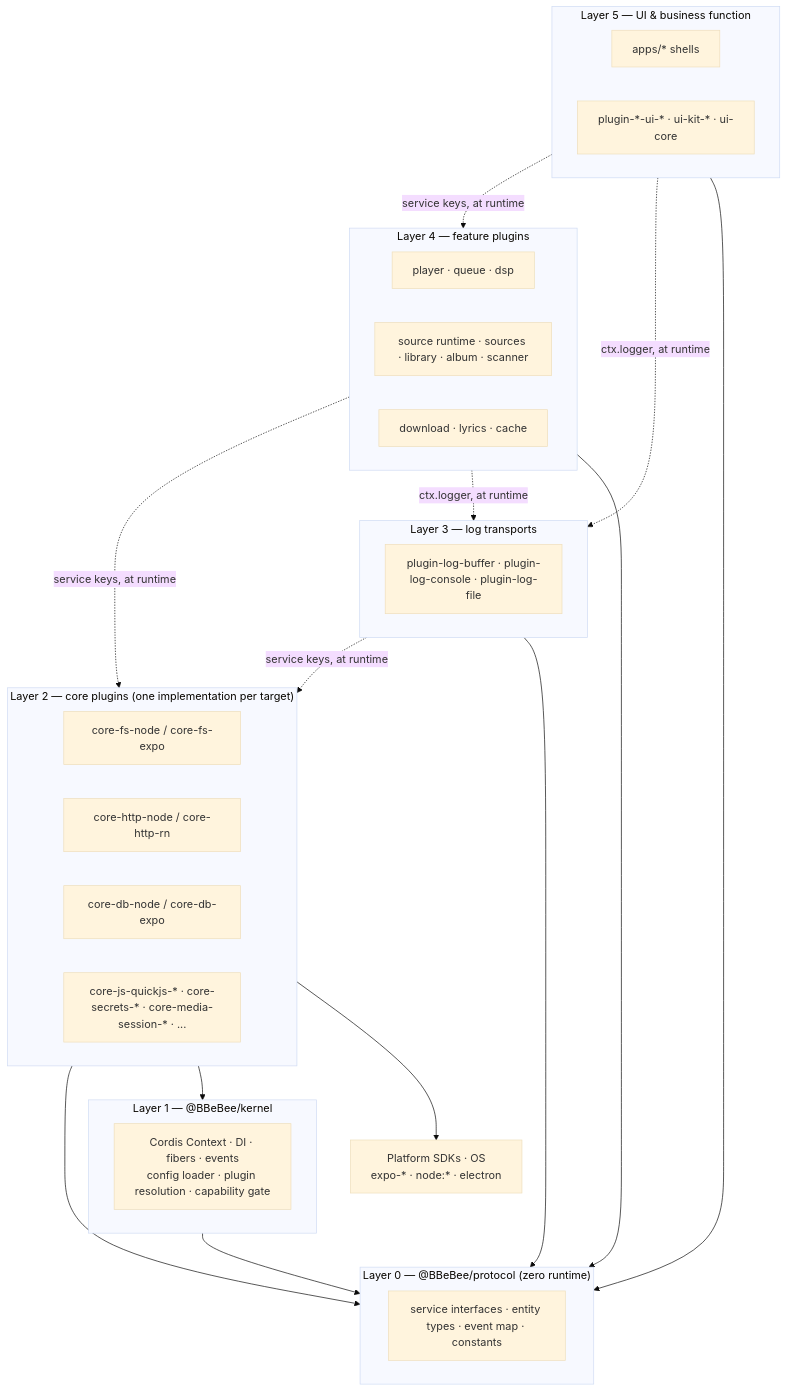
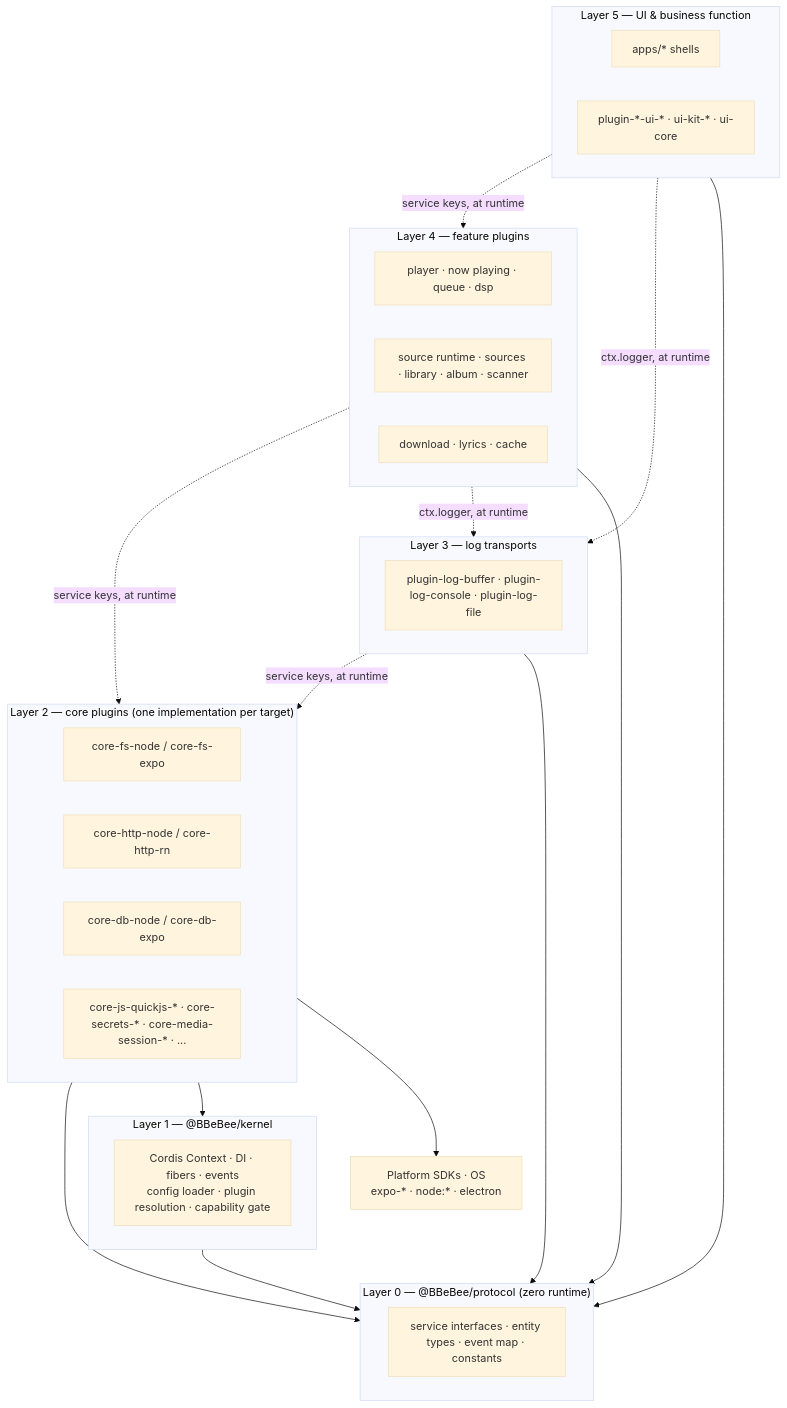
The first of 4 diagrams in docs/02-architecture.md (BBeBeeX/B_Be_Bee_X), drawn with Mermaid (base theme) before and after one commit. The commit also changed other lines of this file and 40 other files, not shown here.

First line of the commit message:
feat(ui): add mobile now-playing UI components and tests

````diff
--- a/docs/02-architecture.md
+++ b/docs/02-architecture.md
@@ -106,41 +106,41 @@
 ```mermaid
 flowchart TD
     subgraph L5["Layer 5 — UI & business function"]
         S["apps/* shells"]
         V["plugin-*-ui-* · ui-kit-* · ui-core"]
     end
     subgraph L4["Layer 4 — feature plugins"]
-        F1["player · queue · dsp"]
+        F1["player · now playing · queue · dsp"]
         F2["source runtime · sources · library · album · scanner"]
         F3["download · lyrics · cache"]
     end
     subgraph L3["Layer 3 — log transports"]
         G["plugin-log-buffer · plugin-log-console · plugin-log-file"]
     end
     subgraph L2["Layer 2 — core plugins (one implementation per target)"]
         C1["core-fs-node / core-fs-expo"]
         C2["core-http-node / core-http-rn"]
         C3["core-db-node / core-db-expo"]
         C4["core-js-quickjs-* · core-secrets-* · core-media-session-* · ..."]
     end
     subgraph L1["Layer 1 — @BBeBee/kernel"]
         K["Cordis Context · DI · fibers · events<br/>config loader · plugin resolution · capability gate"]
     end
     subgraph L0["Layer 0 — @BBeBee/protocol (zero runtime)"]
         P["service interfaces · entity types · event map · constants"]
     end
     SYS["Platform SDKs · OS<br/>expo-* · node:* · electron"]
 
     L5 -.->|"service keys, at runtime"| L4
     L5 -.->|"ctx.logger, at runtime"| L3
     L4 -.->|"service keys, at runtime"| L2
     L4 -.->|"ctx.logger, at runtime"| L3
     L3 -.->|"service keys, at runtime"| L2
     L5 --> L0
     L4 --> L0
     L3 --> L0
     L2 --> L0
     L1 --> L0
     L2 --> L1
     L2 --> SYS
 ```
````
